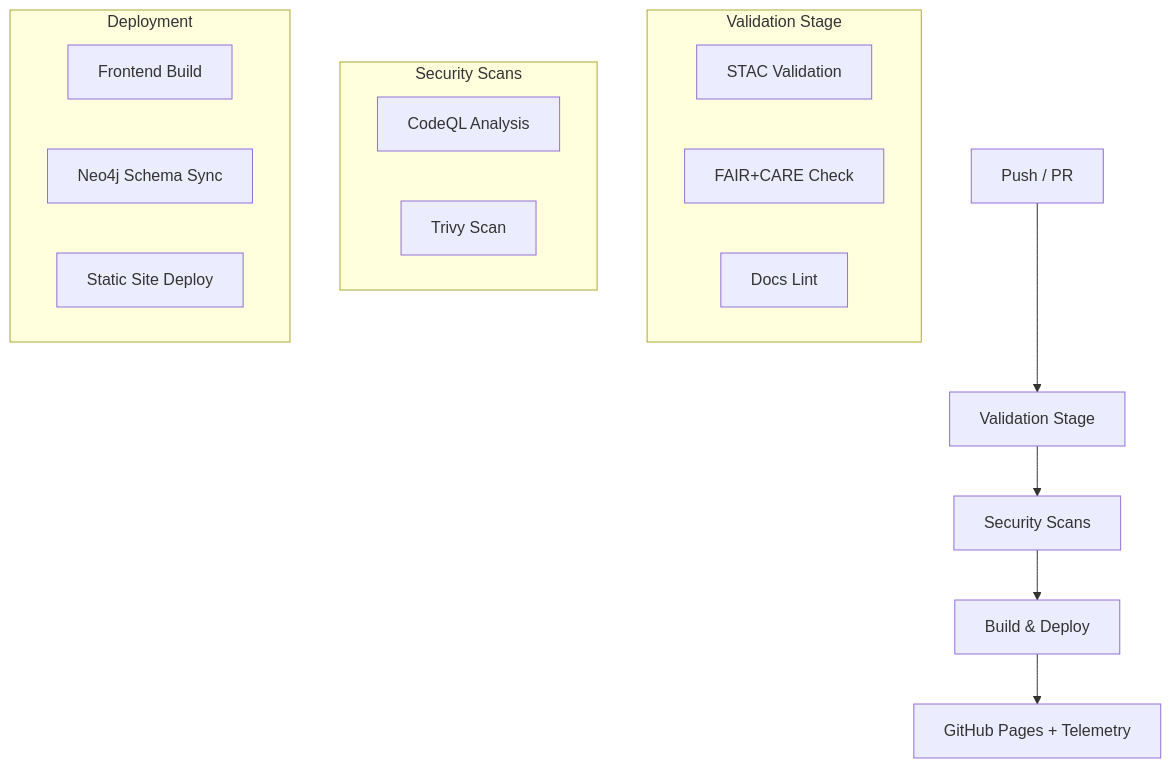
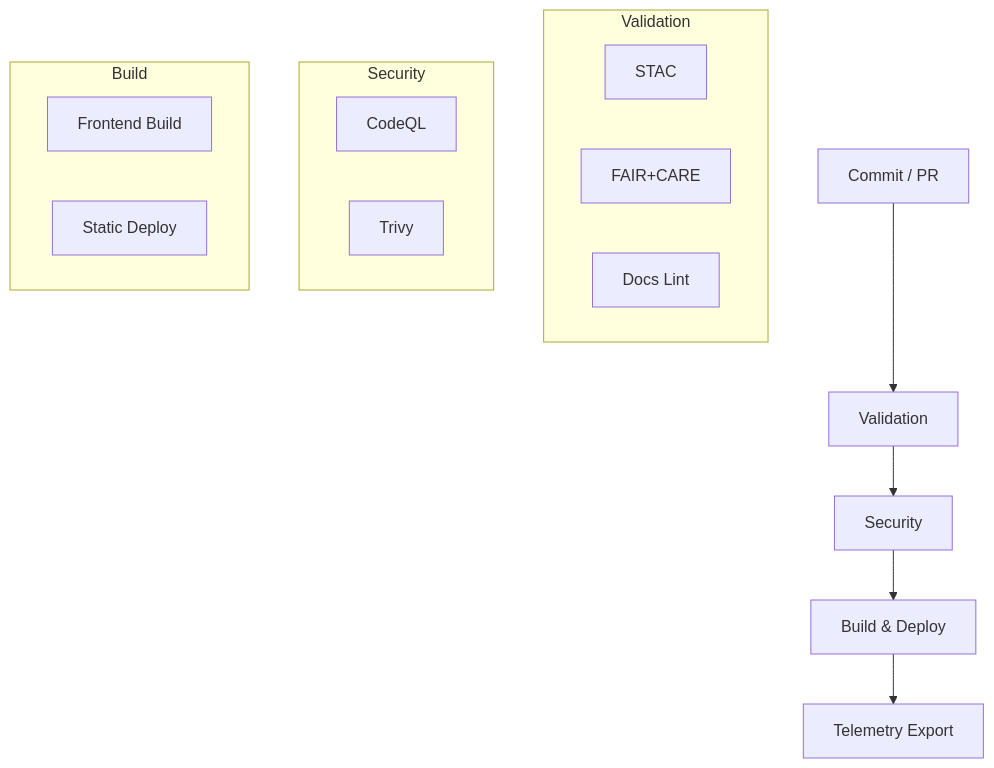
Before and after one commit to bartytime4life/Kansas-Frontier-Matrix: the diagram in .github/ARCHITECTURE.md, drawn with Mermaid. The commit also changed other lines of this file, not shown here.

````diff
--- a/.github/ARCHITECTURE.md
+++ b/.github/ARCHITECTURE.md
@@ -180,24 +86,23 @@
 ```mermaid
 flowchart TD
-A["Push / PR"] --> B["Validation Stage"]
-B --> C["Security Scans"]
+A["Commit / PR"] --> B["Validation"]
+B --> C["Security"]
 C --> D["Build & Deploy"]
-D --> E["GitHub Pages + Telemetry"]
+D --> E["Telemetry Export"]
 
-subgraph Validation Stage
-B1["STAC Validation"]
-B2["FAIR+CARE Check"]
+subgraph Validation
+B1["STAC"]
+B2["FAIR+CARE"]
 B3["Docs Lint"]
 end
 
-subgraph Security Scans
-C1["CodeQL Analysis"]
-C2["Trivy Scan"]
+subgraph Security
+C1["CodeQL"]
+C2["Trivy"]
 end
 
-subgraph Deployment
+subgraph Build
 D1["Frontend Build"]
-D2["Neo4j Schema Sync"]
-D3["Static Site Deploy"]
+D2["Static Deploy"]
 end
 ```
````
